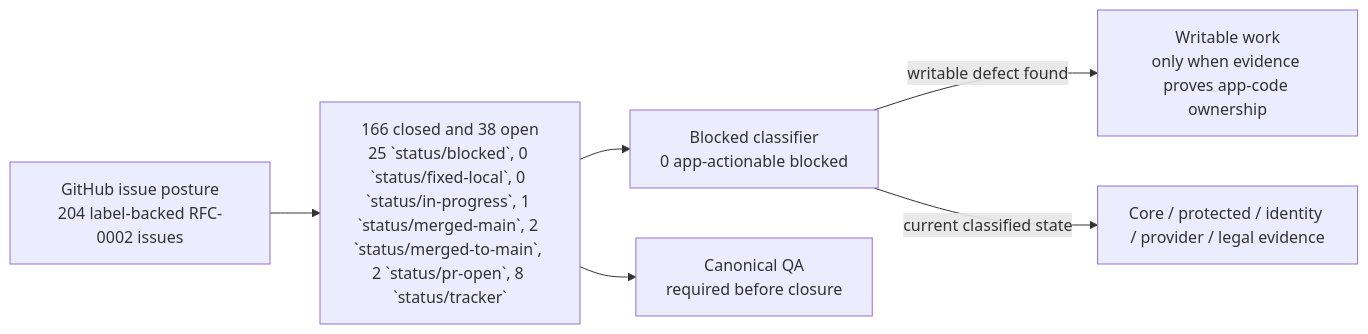
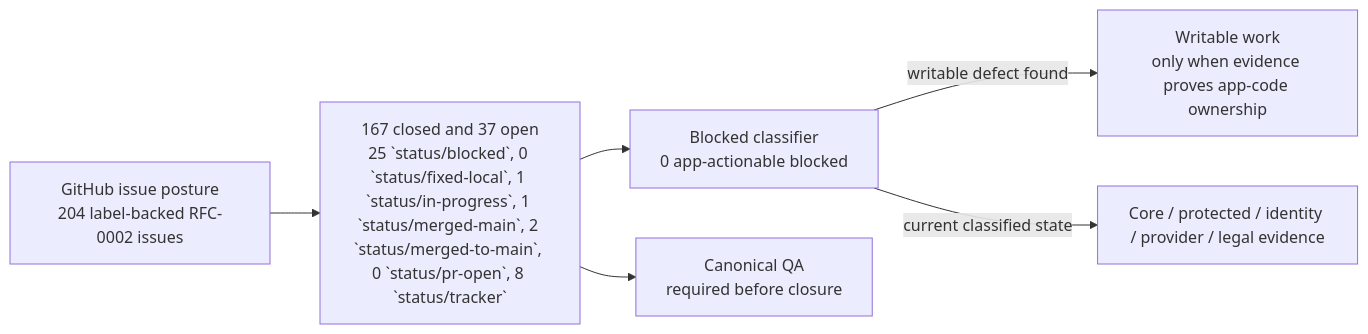
The first of 2 diagrams in wiki/RFC-0002-Execution-Status.md (sgajbi/lotus-idea), drawn with Mermaid before and after one commit. The commit also changed other lines of this file and 14 other files, not shown here.

````diff
--- a/wiki/RFC-0002-Execution-Status.md
+++ b/wiki/RFC-0002-Execution-Status.md
@@ -39,15 +39,15 @@
 ```mermaid
 flowchart LR
     Issues["GitHub issue posture<br/>204 label-backed RFC-0002 issues"]
-    Open["166 closed and 38 open<br/>25 `status/blocked`, 0 `status/fixed-local`, 0 `status/in-progress`, 1 `status/merged-main`, 2 `status/merged-to-main`, 2 `status/pr-open`, 8 `status/tracker`"]
+    Open["167 closed and 37 open<br/>25 `status/blocked`, 0 `status/fixed-local`, 1 `status/in-progress`, 1 `status/merged-main`, 2 `status/merged-to-main`, 0 `status/pr-open`, 8 `status/tracker`"]
     Blocked["Blocked classifier<br/>0 app-actionable blocked"]
     Work["Writable work<br/>only when evidence proves app-code ownership"]
     External["Core / protected / identity / provider / legal evidence"]
     QA["Canonical QA<br/>required before closure"]
 
     Issues --> Open
     Open --> Blocked
     Blocked -->|"writable defect found"| Work
     Blocked -->|"current classified state"| External
     Open --> QA
 ```
````
